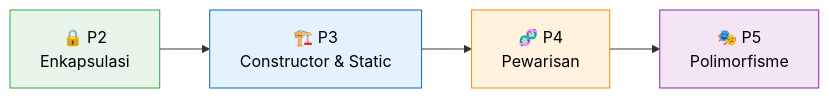
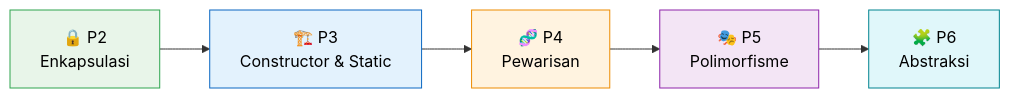
The first of 2 diagrams in README.md (muhammadkiro516-netizen/Praktikum-PBO-A-MuhammadSalmanAlFarisi-4525210141), drawn with Mermaid before and after one commit. The commit also changed other lines of this file and 65 other files, not shown here.

````diff
--- a/README.md
+++ b/README.md
@@ -27,10 +27,12 @@
 ```mermaid
 flowchart LR
     A["🔒 P2<br/>Enkapsulasi"] --> B["🏗️ P3<br/>Constructor & Static"]
     B --> C["🧬 P4<br/>Pewarisan"]
     C --> D["🎭 P5<br/>Polimorfisme"]
+    D --> E["🧩 P6<br/>Abstraksi"]
     style A fill:#e8f5e9,stroke:#2ea44f,color:#000
     style B fill:#e3f2fd,stroke:#0A66C2,color:#000
     style C fill:#fff3e0,stroke:#ED8B00,color:#000
     style D fill:#f3e5f5,stroke:#8E24AA,color:#000
+    style E fill:#e0f7fa,stroke:#00838F,color:#000
 ```
````
